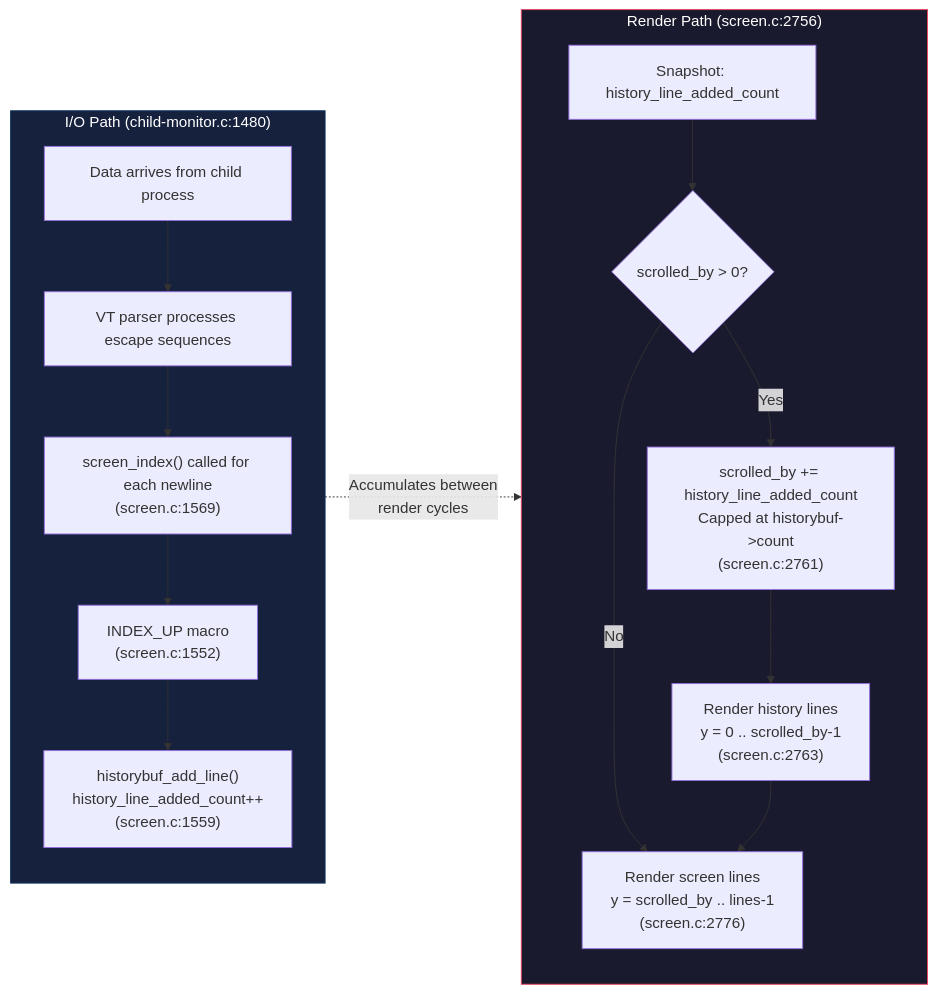
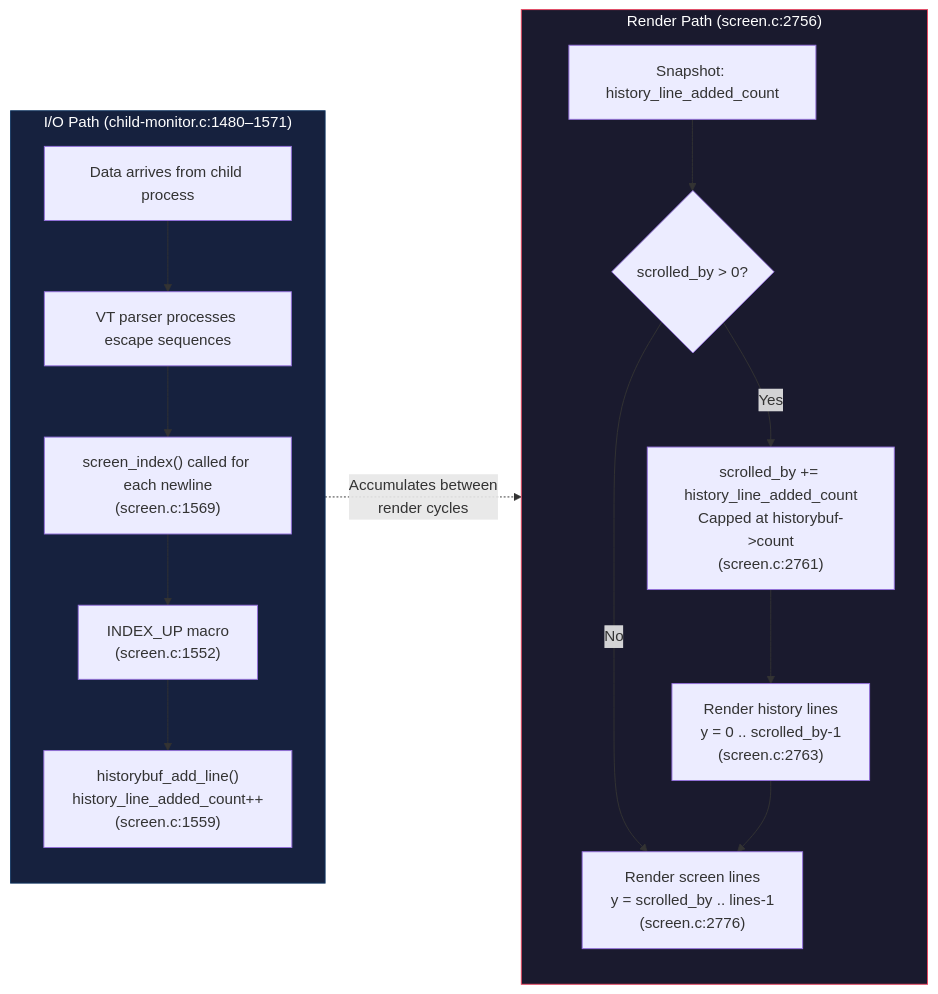
Before and after one commit to blitzy-research/kitty: the fourth of 4 diagrams in blitzy/documentation/kitty_815df1e210e0.md, drawn with Mermaid. The commit also changed other lines of this file, not shown here.

````diff
--- a/blitzy/documentation/kitty_815df1e210e0.md
+++ b/blitzy/documentation/kitty_815df1e210e0.md
@@ -666,30 +666,30 @@
 ```mermaid
 flowchart LR
-    subgraph IO ["I/O Path (child-monitor.c:1480)"]
+    subgraph IO ["I/O Path (child-monitor.c:1480–1571)"]
         direction TB
         DataIn["Data arrives from child process"]
         Parse["VT parser processes escape sequences"]
         SIdx["screen_index() called for each newline<br/>(screen.c:1569)"]
         IdxUp["INDEX_UP macro<br/>(screen.c:1552)"]
         AddLine["historybuf_add_line()<br/>history_line_added_count++<br/>(screen.c:1559)"]
         DataIn --> Parse --> SIdx --> IdxUp --> AddLine
     end
 
     subgraph Render ["Render Path (screen.c:2756)"]
         direction TB
         Snap["Snapshot: history_line_added_count"]
         Check{"scrolled_by > 0?"}
         Adjust["scrolled_by += history_line_added_count<br/>Capped at historybuf->count<br/>(screen.c:2761)"]
         HistLines["Render history lines<br/>y = 0 .. scrolled_by-1<br/>(screen.c:2763)"]
         LiveLines["Render screen lines<br/>y = scrolled_by .. lines-1<br/>(screen.c:2776)"]
         Snap --> Check
         Check -->|Yes| Adjust --> HistLines
         Check -->|No| LiveLines
         HistLines --> LiveLines
     end
 
     AddLine -.->|"Accumulates between<br/>render cycles"| Snap
 
     style IO fill:#16213e,stroke:#0f3460,color:#fff
     style Render fill:#1a1a2e,stroke:#e94560,color:#fff
 ```
````
